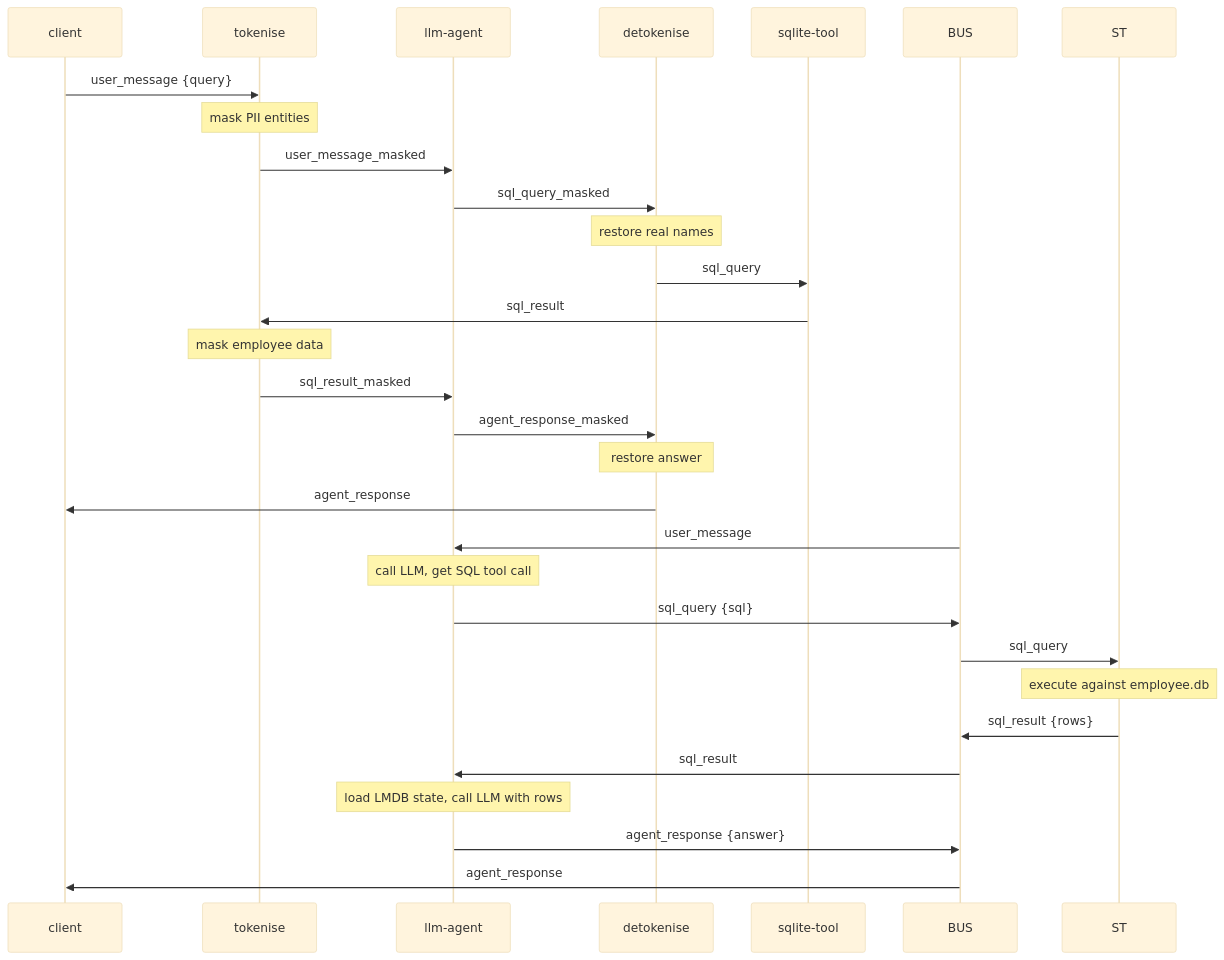
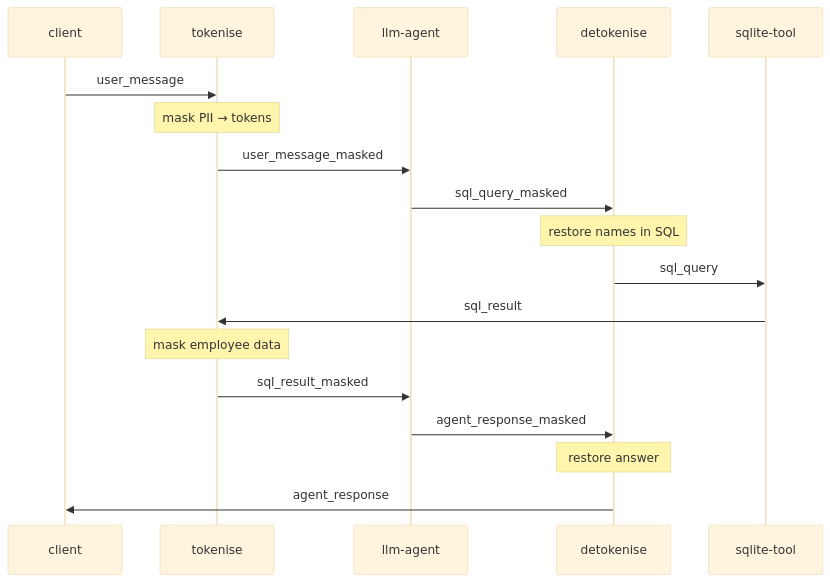
The diagram in docs/quickstart.qmd (muralidhar-challa/actor-mesh), drawn with Mermaid (base theme) before and after one commit. The commit also changed other lines of this file, not shown here.

````diff
--- a/docs/quickstart.qmd
+++ b/docs/quickstart.qmd
@@ -64,31 +108,21 @@
 ```{mermaid}
 sequenceDiagram
   participant C  as client
   participant TK as tokenise
   participant AG as llm-agent
   participant DK as detokenise
   participant DB as sqlite-tool
 
-  C  ->> TK : user_message {query}
-  Note over TK: mask PII entities
+  C  ->> TK : user_message
+  Note over TK: mask PII → tokens
   TK ->> AG : user_message_masked
   AG ->> DK : sql_query_masked
-  Note over DK: restore real names
+  Note over DK: restore names in SQL
   DK ->> DB : sql_query
   DB ->> TK : sql_result
   Note over TK: mask employee data
   TK ->> AG : sql_result_masked
   AG ->> DK : agent_response_masked
   Note over DK: restore answer
   DK ->> C  : agent_response
-  BUS ->> AG : user_message
-  Note over AG: call LLM, get SQL tool call
-  AG ->> BUS : sql_query {sql}
-  BUS ->> ST : sql_query
-  Note over ST: execute against employee.db
-  ST ->> BUS : sql_result {rows}
-  BUS ->> AG : sql_result
-  Note over AG: load LMDB state, call LLM with rows
-  AG ->> BUS : agent_response {answer}
-  BUS ->> C  : agent_response
 ```
````
